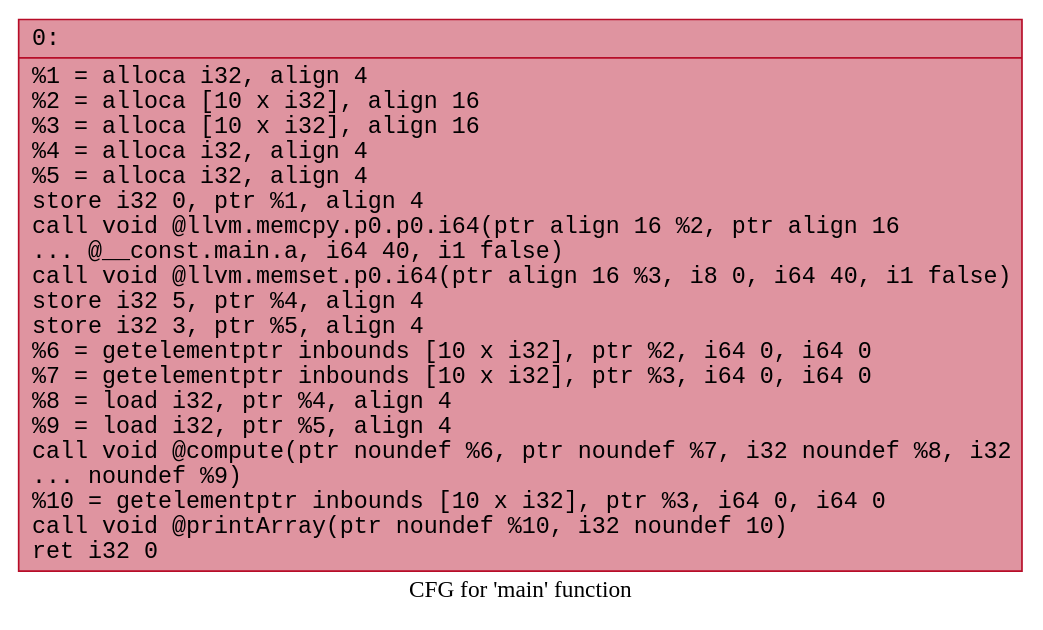
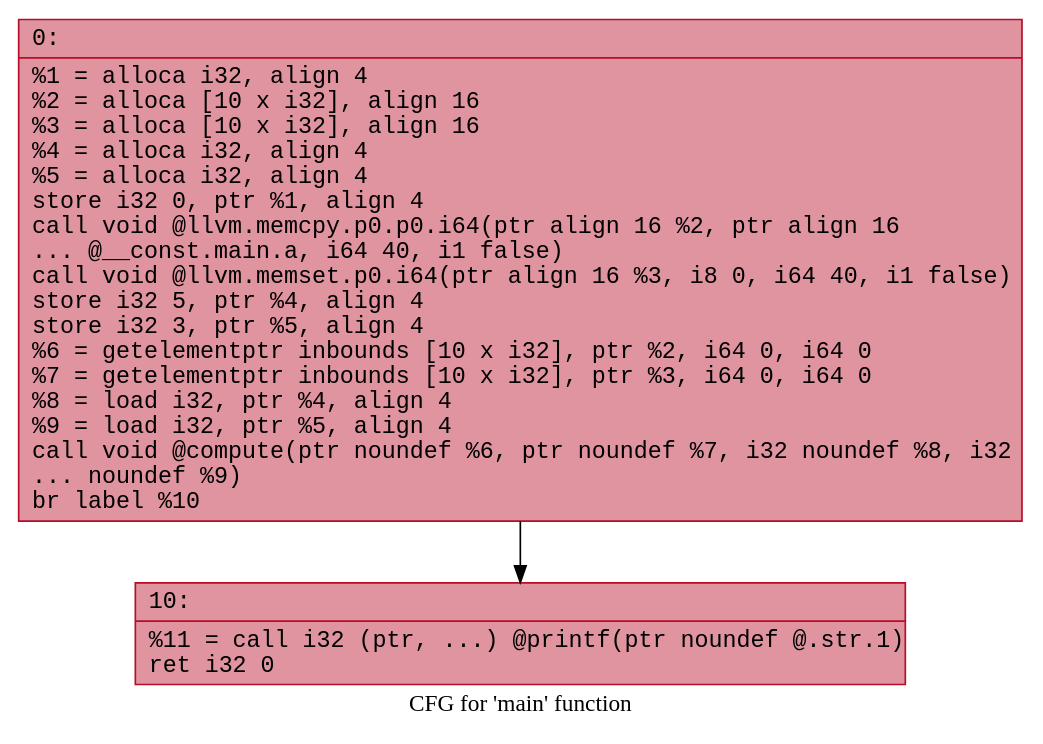
One commit to 6eanut/llvm-learn changed the diagram in test02/.main.dot. Above: the diagram before and after it, drawn with Graphviz. The commit also changed 5 other files, not shown here.

```diff
--- a/test02/.main.dot
+++ b/test02/.main.dot
@@ -1,5 +1,7 @@
 digraph "CFG for 'main' function" {
 	label="CFG for 'main' function";
 
-	Node0x610a07376f40 [shape=record,color="#b70d28ff", style=filled, fillcolor="#b70d2870" fontname="Courier",label="{0:\l|  %1 = alloca i32, align 4\l  %2 = alloca [10 x i32], align 16\l  %3 = alloca [10 x i32], align 16\l  %4 = alloca i32, align 4\l  %5 = alloca i32, align 4\l  store i32 0, ptr %1, align 4\l  call void @llvm.memcpy.p0.p0.i64(ptr align 16 %2, ptr align 16\l... @__const.main.a, i64 40, i1 false)\l  call void @llvm.memset.p0.i64(ptr align 16 %3, i8 0, i64 40, i1 false)\l  store i32 5, ptr %4, align 4\l  store i32 3, ptr %5, align 4\l  %6 = getelementptr inbounds [10 x i32], ptr %2, i64 0, i64 0\l  %7 = getelementptr inbounds [10 x i32], ptr %3, i64 0, i64 0\l  %8 = load i32, ptr %4, align 4\l  %9 = load i32, ptr %5, align 4\l  call void @compute(ptr noundef %6, ptr noundef %7, i32 noundef %8, i32\l... noundef %9)\l  %10 = getelementptr inbounds [10 x i32], ptr %3, i64 0, i64 0\l  call void @printArray(ptr noundef %10, i32 noundef 10)\l  ret i32 0\l}"];
+	Node0x5578bd0230a0 [shape=record,color="#b70d28ff", style=filled, fillcolor="#b70d2870" fontname="Courier",label="{0:\l|  %1 = alloca i32, align 4\l  %2 = alloca [10 x i32], align 16\l  %3 = alloca [10 x i32], align 16\l  %4 = alloca i32, align 4\l  %5 = alloca i32, align 4\l  store i32 0, ptr %1, align 4\l  call void @llvm.memcpy.p0.p0.i64(ptr align 16 %2, ptr align 16\l... @__const.main.a, i64 40, i1 false)\l  call void @llvm.memset.p0.i64(ptr align 16 %3, i8 0, i64 40, i1 false)\l  store i32 5, ptr %4, align 4\l  store i32 3, ptr %5, align 4\l  %6 = getelementptr inbounds [10 x i32], ptr %2, i64 0, i64 0\l  %7 = getelementptr inbounds [10 x i32], ptr %3, i64 0, i64 0\l  %8 = load i32, ptr %4, align 4\l  %9 = load i32, ptr %5, align 4\l  call void @compute(ptr noundef %6, ptr noundef %7, i32 noundef %8, i32\l... noundef %9)\l  br label %10\l}"];
+	Node0x5578bd0230a0 -> Node0x5578bd023df0[tooltip="0 -> 10\nProbability 100.00%" ];
+	Node0x5578bd023df0 [shape=record,color="#b70d28ff", style=filled, fillcolor="#b70d2870" fontname="Courier",label="{10:\l|  %11 = call i32 (ptr, ...) @printf(ptr noundef @.str.1)\l  ret i32 0\l}"];
 }
```
